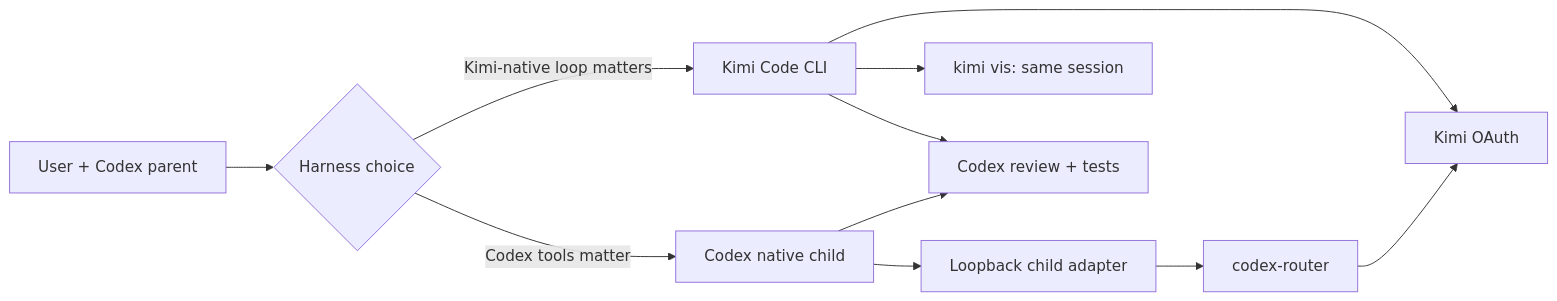
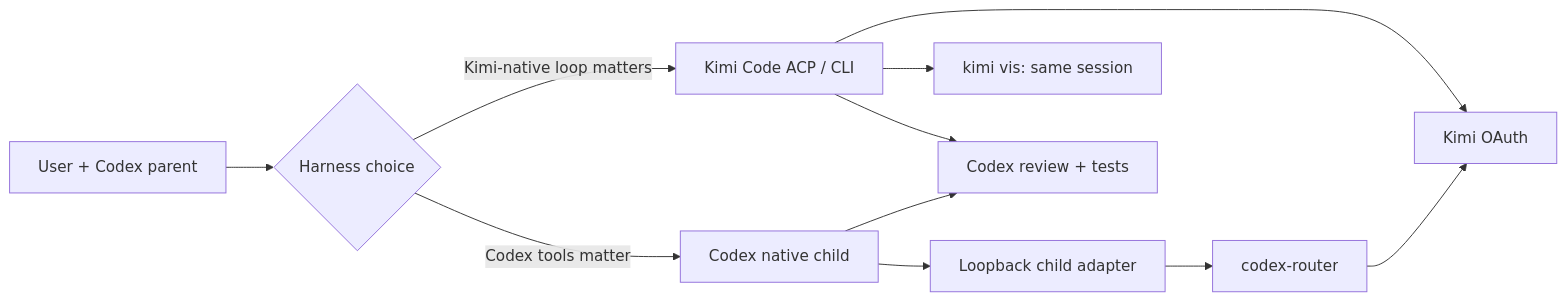
One commit to IndelibleVivi/codex-kimi-dual-lane changed the diagram in README.md. Above: the diagram before and after it, drawn with Mermaid. The commit also changed other lines of this file and 11 other files, not shown here.

````diff
--- a/README.md
+++ b/README.md
@@ -34,13 +34,13 @@
 ```mermaid
 flowchart LR
     U["User + Codex parent"] --> D{"Harness choice"}
     D -->|"Codex tools matter"| N["Codex native child"]
     N --> A["Loopback child adapter"]
     A --> R["codex-router"]
     R --> KO["Kimi OAuth"]
-    D -->|"Kimi-native loop matters"| C["Kimi Code CLI"]
+    D -->|"Kimi-native loop matters"| C["Kimi Code ACP / CLI"]
     C --> KO
     C --> V["kimi vis: same session"]
     N --> Q["Codex review + tests"]
     C --> Q
 ```
````
